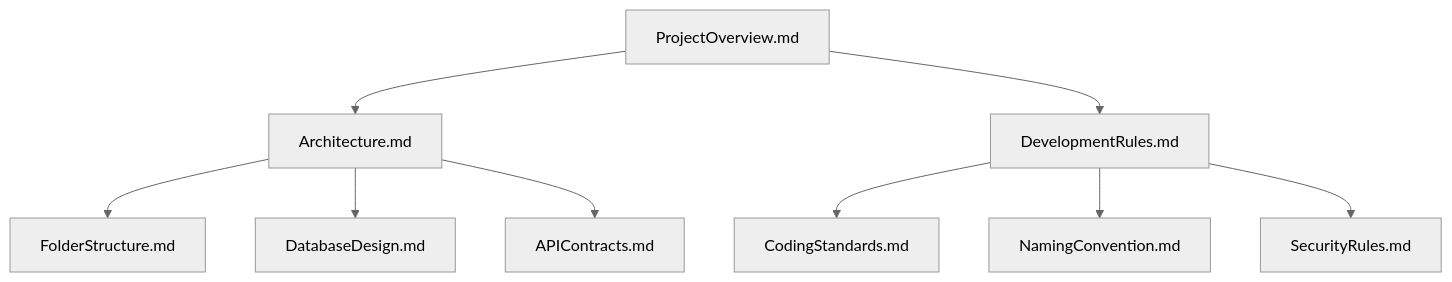
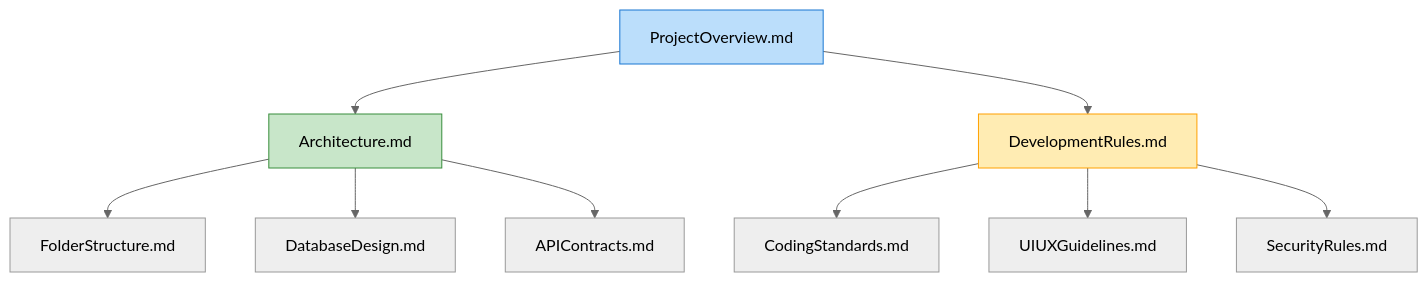
One commit to dhanesh-vaishnav96/AIBuilder.md changed the diagram in Part 4 - Documentation Engineering.md. Above: the diagram before and after it, drawn with Mermaid (neutral theme). The commit also changed other lines of this file and 11 other files, not shown here.

````diff
--- a/Part 4 - Documentation Engineering.md
+++ b/Part 4 - Documentation Engineering.md
@@ -14,12 +18,16 @@
 ```mermaid
 graph TD
     A[ProjectOverview.md] --> B[Architecture.md]
     B --> C[FolderStructure.md]
     B --> D[DatabaseDesign.md]
     B --> E[APIContracts.md]
     
     A --> F[DevelopmentRules.md]
     F --> G[CodingStandards.md]
-    F --> H[NamingConvention.md]
+    F --> H[UIUXGuidelines.md]
     F --> I[SecurityRules.md]
+    
+    style A fill:#bbdefb,stroke:#1976d2
+    style B fill:#c8e6c9,stroke:#388e3c
+    style F fill:#ffecb3,stroke:#ffa000
 ```
````
